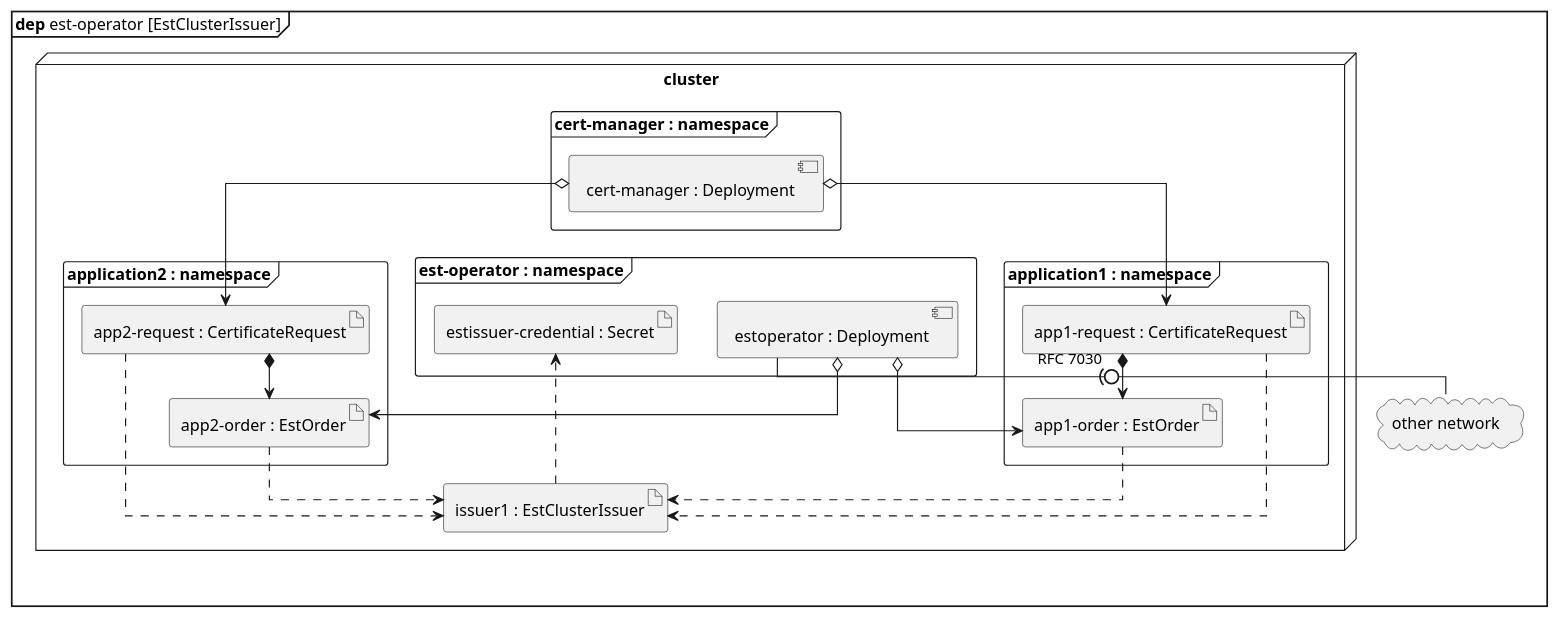
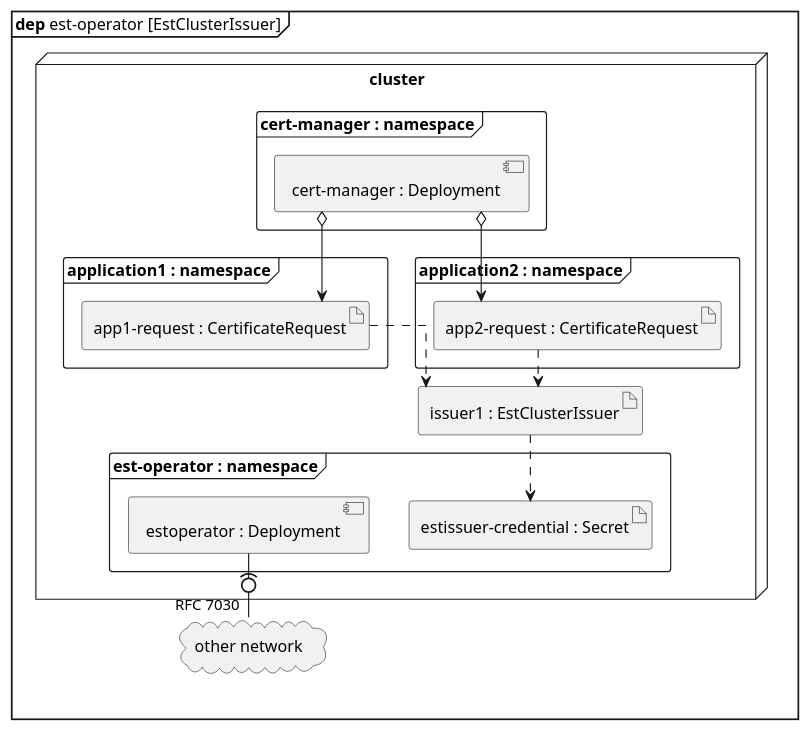
One commit to mitre/est-operator changed the fifth of 5 diagrams in docs/DESIGN.org. Above: the diagram before and after it, drawn with PlantUML. The commit also changed other lines of this file and 27 other files, not shown here.

```diff
--- a/docs/DESIGN.org
+++ b/docs/DESIGN.org
@@ -235,42 +206,32 @@
 #+BEGIN_SRC plantuml :file images/cluster-deployment.png :cache yes :results drawer :post caption_wrap("Cluster scope deployment", *this*)
 skinparam ranksep 1
 skinparam linetype ortho
 mainframe **dep** est-operator [EstClusterIssuer]
 node cluster {
     frame "cert-manager : namespace" as cm_ns {
         component "cert-manager : Deployment" as cm
     }
     frame "est-operator : namespace" as est_ns {
         artifact "estissuer-credential : Secret" as est_i_cred
         component "estoperator : Deployment" as estoper
     }
     artifact "issuer1 : EstClusterIssuer" as est_i  
     frame "application1 : namespace" as app1_ns {
         artifact "app1-request : CertificateRequest" as app1_cr
-        artifact "app1-order : EstOrder" as app1_est_o
     }
     frame "application2 : namespace" as app2_ns {
         artifact "app2-request : CertificateRequest" as app2_cr
-        artifact "app2-order : EstOrder" as app2_est_o
     }
 }
 cloud "other network" as cloud
 ' cert-manager deploys certificaterequests
 cm o--> app1_cr
 cm o--> app2_cr
-' estoperator deploys orders
-estoper o--> app1_est_o
-estoper o--> app2_est_o
 ' estoperator communicates with issuer portals
 estoper -(0- cloud : RFC 7030
-' certificaterequests own orders
-app1_cr *--> app1_est_o
-app2_cr *--> app2_est_o
 ' issuer uses secret
 est_i ..> est_i_cred
 ' apps uses same issuer
 app1_cr ..> est_i
-app1_est_o ..> est_i
 app2_cr ..> est_i
-app2_est_o ..> est_i
 #+END_SRC
```
